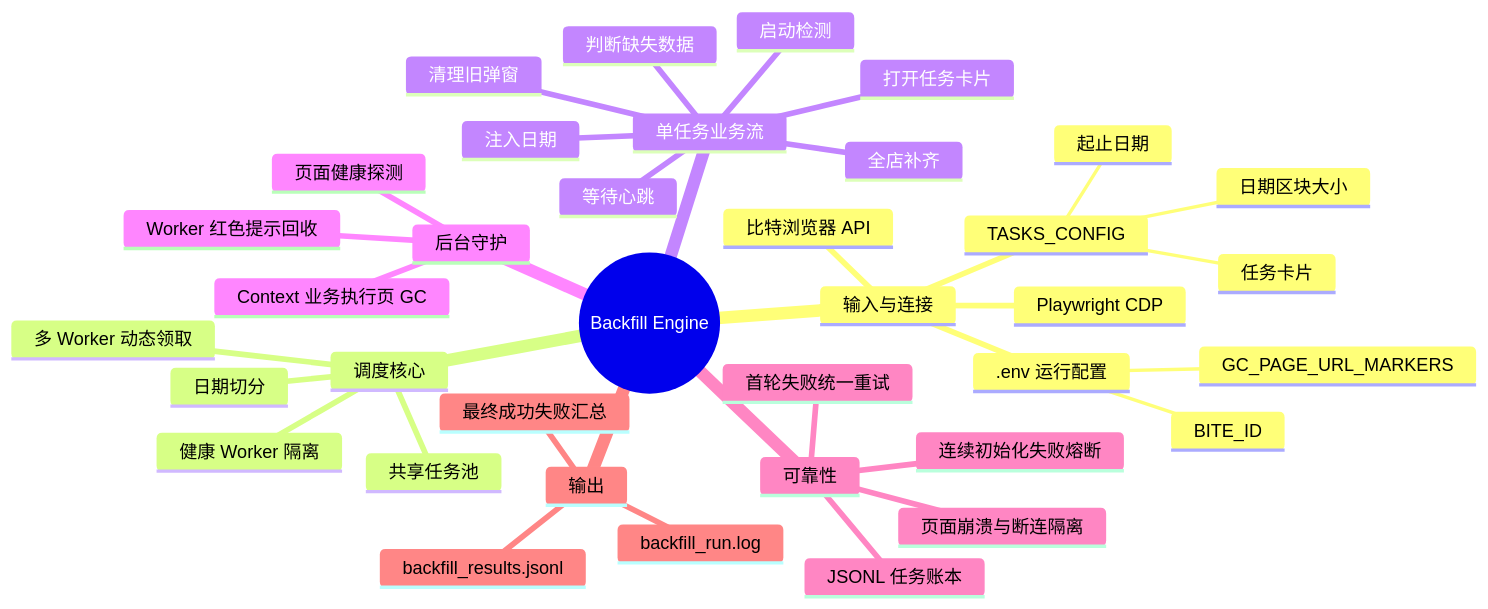
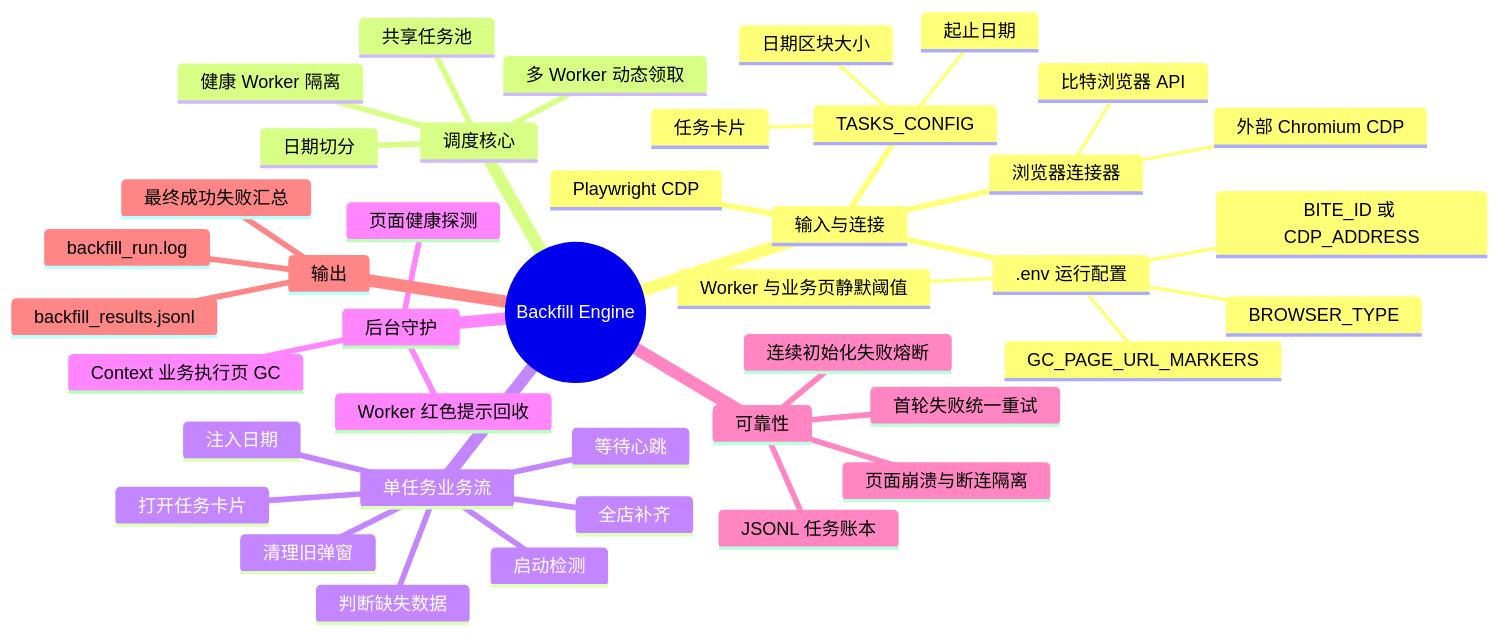
One commit to liao084/BitBrowser-Backfill-Engine changed the first of 15 diagrams in ARCHITECTURE.md. Above: the diagram before and after it, drawn with Mermaid. The commit also changed other lines of this file and 6 other files, not shown here.

````diff
--- a/ARCHITECTURE.md
+++ b/ARCHITECTURE.md
@@ -14,40 +14,44 @@
 ```mermaid
 mindmap
   root((Backfill Engine))
     输入与连接
       .env 运行配置
-        BITE_ID
+        BROWSER_TYPE
+        BITE_ID 或 CDP_ADDRESS
         GC_PAGE_URL_MARKERS
+        Worker 与业务页静默阈值
       TASKS_CONFIG
         任务卡片
         起止日期
         日期区块大小
-      比特浏览器 API
+      浏览器连接器
+        比特浏览器 API
+        外部 Chromium CDP
       Playwright CDP
     调度核心
       日期切分
       共享任务池
       多 Worker 动态领取
       健康 Worker 隔离
     单任务业务流
       清理旧弹窗
       打开任务卡片
       注入日期
       启动检测
       判断缺失数据
       全店补齐
       等待心跳
     后台守护
       Worker 红色提示回收
       Context 业务执行页 GC
       页面健康探测
     可靠性
       JSONL 任务账本
       首轮失败统一重试
       连续初始化失败熔断
       页面崩溃与断连隔离
     输出
       backfill_run.log
       backfill_results.jsonl
       最终成功失败汇总
 ```
````
